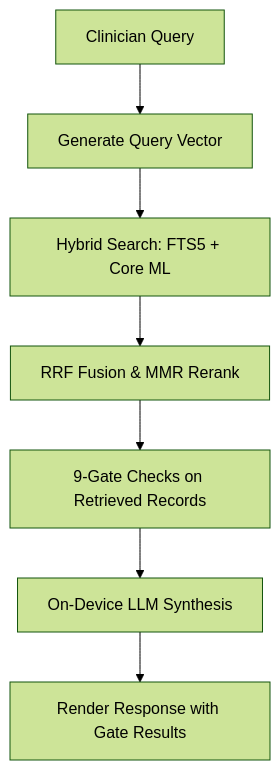
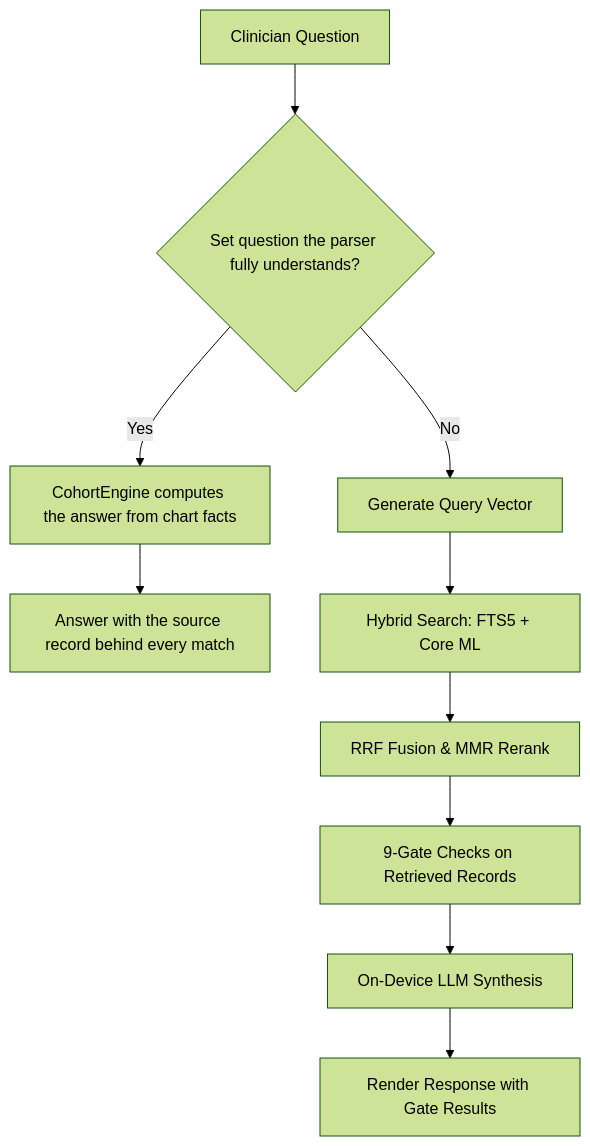
Before and after one commit to Gunnarguy/OpenClinic: the third of 4 diagrams in README.md, drawn with Mermaid (forest theme). The commit also changed other lines of this file and 10 other files, not shown here.

````diff
--- a/README.md
+++ b/README.md
@@ -100,7 +115,10 @@
 ```mermaid
 flowchart TD
-    A[Clinician Query] --> B[Generate Query Vector]
+    A[Clinician Question] --> P{Set question the parser fully understands?}
+    P -->|Yes| Q[CohortEngine computes the answer from chart facts]
+    Q --> R[Answer with the source record behind every match]
+    P -->|No| B[Generate Query Vector]
     B --> C[Hybrid Search: FTS5 + Core ML]
     C --> D[RRF Fusion & MMR Rerank]
     D --> F[9-Gate Checks on Retrieved Records] --> E[On-Device LLM Synthesis] --> H[Render Response with Gate Results]
 ```
````
